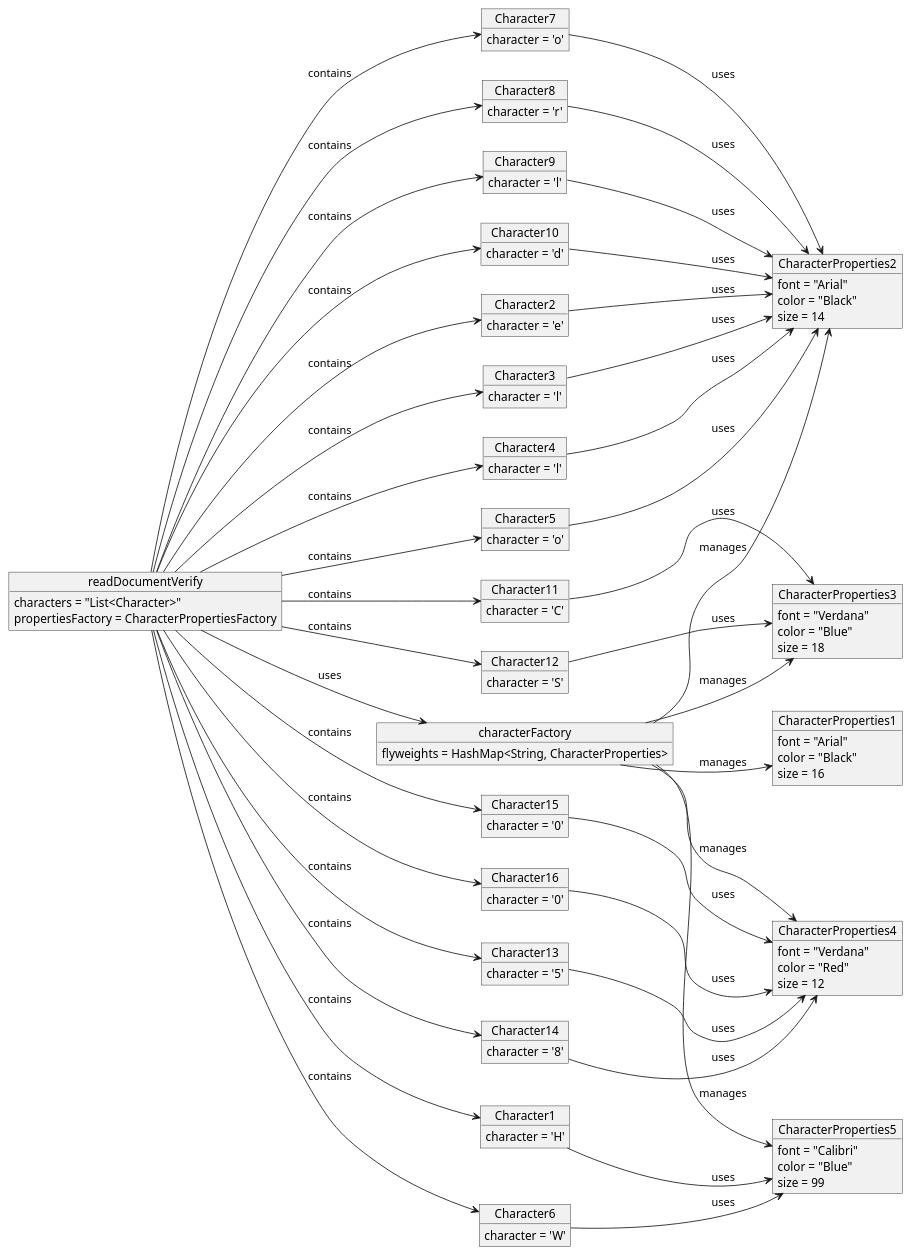
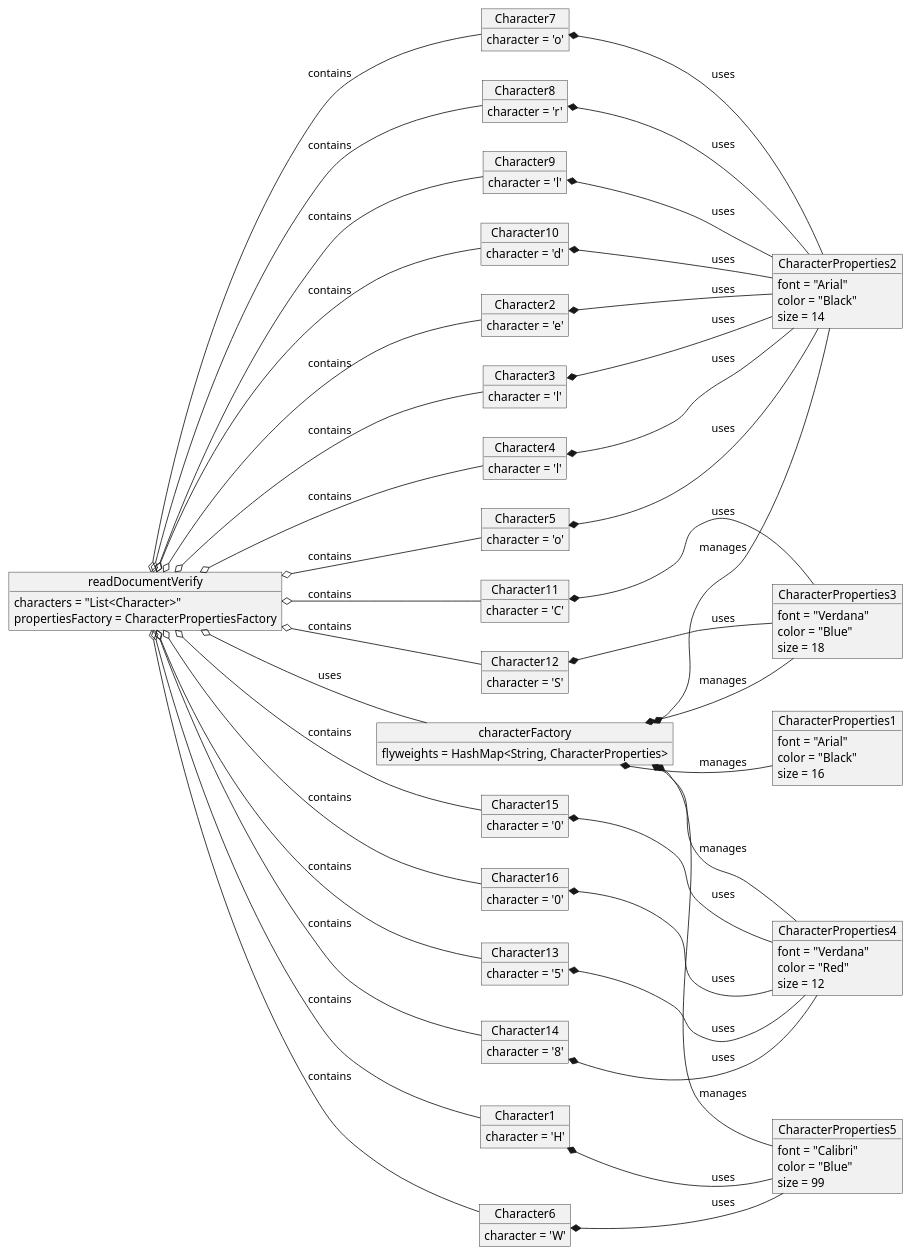
Before and after one commit to NhanThai0501/CS4800-S24: the diagram in hw8-behavioral-patterns/TextEditorObjectDiagram2.puml, drawn with PlantUML. The commit also changed 13 other files, not shown here.

```diff
--- a/hw8-behavioral-patterns/TextEditorObjectDiagram2.puml
+++ b/hw8-behavioral-patterns/TextEditorObjectDiagram2.puml
@@ -1,135 +1,135 @@
 @startuml
 left to right direction
 
 object readDocumentVerify {
   characters = "List<Character>"
   propertiesFactory = CharacterPropertiesFactory
 }
 
 object characterFactory {
   flyweights = HashMap<String, CharacterProperties>
 }
 
 object CharacterProperties2 {
   font = "Arial"
   color = "Black"
   size = 14
 }
 object CharacterProperties1 {
   font = "Arial"
   color = "Black"
   size = 16
 }
 object CharacterProperties3 {
   font = "Verdana"
   color = "Blue"
   size = 18
 }
 object CharacterProperties4 {
   font = "Verdana"
   color = "Red"
   size = 12
 }
 
 object CharacterProperties5 {
   font = "Calibri"
   color = "Blue"
   size = 99
 }
 
 object Character1 {
   character = 'H'
 }
 object Character2 {
   character = 'e'
 }
 object Character3 {
   character = 'l'
 }
 object Character4 {
   character = 'l'
 }
 object Character5 {
   character = 'o'
 }
 object Character6 {
   character = 'W'
 }
 object Character7 {
   character = 'o'
 }
 object Character8 {
   character = 'r'
 }
 object Character9 {
   character = 'l'
 }
 object Character10 {
   character = 'd'
 }
 object Character11 {
   character = 'C'
 }
 object Character12 {
   character = 'S'
 }
 object Character13 {
   character = '5'
 }
 object Character14 {
   character = '8'
 }
 object Character15 {
   character = '0'
 }
 object Character16 {
   character = '0'
 }
 
-readDocumentVerify --> characterFactory : "uses"
+readDocumentVerify o-- characterFactory : "uses"
 characterFactory -[hidden]-> CharacterProperties1
 characterFactory -[hidden]-> CharacterProperties2
 characterFactory -[hidden]-> CharacterProperties3
 characterFactory -[hidden]-> CharacterProperties4
 characterFactory -[hidden]-> CharacterProperties5
-readDocumentVerify --> Character1 : "contains"
-readDocumentVerify --> Character2 : "contains"
-readDocumentVerify --> Character3 : "contains"
-readDocumentVerify --> Character4 : "contains"
-readDocumentVerify --> Character5 : "contains"
-readDocumentVerify --> Character6 : "contains"
-readDocumentVerify --> Character7 : "contains"
-readDocumentVerify --> Character8 : "contains"
-readDocumentVerify --> Character9 : "contains"
-readDocumentVerify --> Character10 : "contains"
-readDocumentVerify --> Character11 : "contains"
-readDocumentVerify --> Character12 : "contains"
-readDocumentVerify --> Character13 : "contains"
-readDocumentVerify --> Character14 : "contains"
-readDocumentVerify --> Character15 : "contains"
-readDocumentVerify --> Character16 : "contains"
+readDocumentVerify o-- Character1 : "contains"
+readDocumentVerify o-- Character2 : "contains"
+readDocumentVerify o-- Character3 : "contains"
+readDocumentVerify o-- Character4 : "contains"
+readDocumentVerify o-- Character5 : "contains"
+readDocumentVerify o-- Character6 : "contains"
+readDocumentVerify o-- Character7 : "contains"
+readDocumentVerify o-- Character8 : "contains"
+readDocumentVerify o-- Character9 : "contains"
+readDocumentVerify o-- Character10 : "contains"
+readDocumentVerify o-- Character11 : "contains"
+readDocumentVerify o-- Character12 : "contains"
+readDocumentVerify o-- Character13 : "contains"
+readDocumentVerify o-- Character14 : "contains"
+readDocumentVerify o-- Character15 : "contains"
+readDocumentVerify o-- Character16 : "contains"
 
-characterFactory --> CharacterProperties2 : "manages"
-characterFactory --> CharacterProperties1 : "manages"
-characterFactory --> CharacterProperties3 : "manages"
-characterFactory --> CharacterProperties4 : "manages"
-characterFactory --> CharacterProperties5 : "manages"
+characterFactory *-- CharacterProperties2 : "manages"
+characterFactory *-- CharacterProperties1 : "manages"
+characterFactory *-- CharacterProperties3 : "manages"
+characterFactory *-- CharacterProperties4 : "manages"
+characterFactory *-- CharacterProperties5 : "manages"
 
-Character1 --> CharacterProperties5 : "uses"
-Character2 --> CharacterProperties2 : "uses"
-Character3 --> CharacterProperties2 : "uses"
-Character4 --> CharacterProperties2 : "uses"
-Character5 --> CharacterProperties2 : "uses"
-Character6 --> CharacterProperties5 : "uses"
-Character7 --> CharacterProperties2 : "uses"
-Character8 --> CharacterProperties2 : "uses"
-Character9 --> CharacterProperties2 : "uses"
-Character10 --> CharacterProperties2 : "uses"
-Character11 --> CharacterProperties3 : "uses"
-Character12 --> CharacterProperties3 : "uses"
-Character13 --> CharacterProperties4 : "uses"
-Character14 --> CharacterProperties4 : "uses"
-Character15 --> CharacterProperties4 : "uses"
-Character16 --> CharacterProperties4 : "uses"
+Character1 *-- CharacterProperties5 : "uses"
+Character2 *-- CharacterProperties2 : "uses"
+Character3 *-- CharacterProperties2 : "uses"
+Character4 *-- CharacterProperties2 : "uses"
+Character5 *-- CharacterProperties2 : "uses"
+Character6 *-- CharacterProperties5 : "uses"
+Character7 *-- CharacterProperties2 : "uses"
+Character8 *-- CharacterProperties2 : "uses"
+Character9 *-- CharacterProperties2 : "uses"
+Character10 *-- CharacterProperties2 : "uses"
+Character11 *-- CharacterProperties3 : "uses"
+Character12 *-- CharacterProperties3 : "uses"
+Character13 *-- CharacterProperties4 : "uses"
+Character14 *-- CharacterProperties4 : "uses"
+Character15 *-- CharacterProperties4 : "uses"
+Character16 *-- CharacterProperties4 : "uses"
 
 @enduml
```
